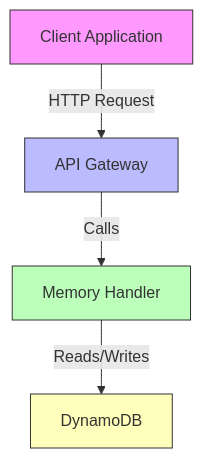
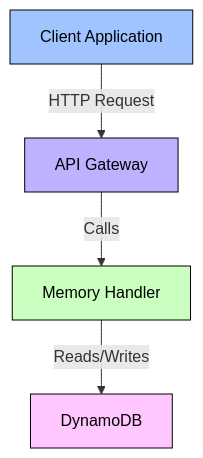
Before and after one commit to mirashukla/memory-box: the first of 2 diagrams in README.md, drawn with Mermaid. The commit also changed other lines of this file, not shown here.

````diff
--- a/README.md
+++ b/README.md
@@ -5,11 +5,11 @@
 ```mermaid
 graph TD
 Client[Client Application] -->|HTTP Request| APIGateway[API Gateway]
 APIGateway -->|Calls| MemoryHandler[Memory Handler]
 MemoryHandler -->|Reads/Writes| DynamoDB[DynamoDB]
 
-    style Client fill:#f9f,stroke:#333,stroke-width:1px
-    style APIGateway fill:#bbf,stroke:#333,stroke-width:1px
-    style MemoryHandler fill:#bfb,stroke:#333,stroke-width:1px
-    style DynamoDB fill:#ffb,stroke:#333,stroke-width:1px
+    style Client fill:#a0c4ff,stroke:#000,stroke-width:1px,color:#000
+    style APIGateway fill:#bdb2ff,stroke:#000,stroke-width:1px,color:#000
+    style MemoryHandler fill:#caffbf,stroke:#000,stroke-width:1px,color:#000
+    style DynamoDB fill:#ffc6ff,stroke:#000,stroke-width:1px,color:#000
 ```
````
